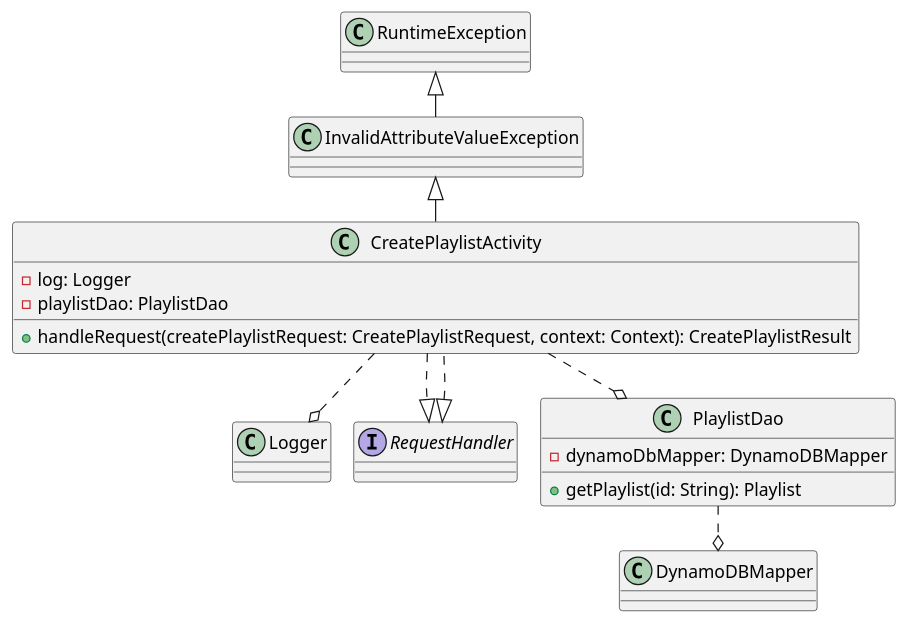
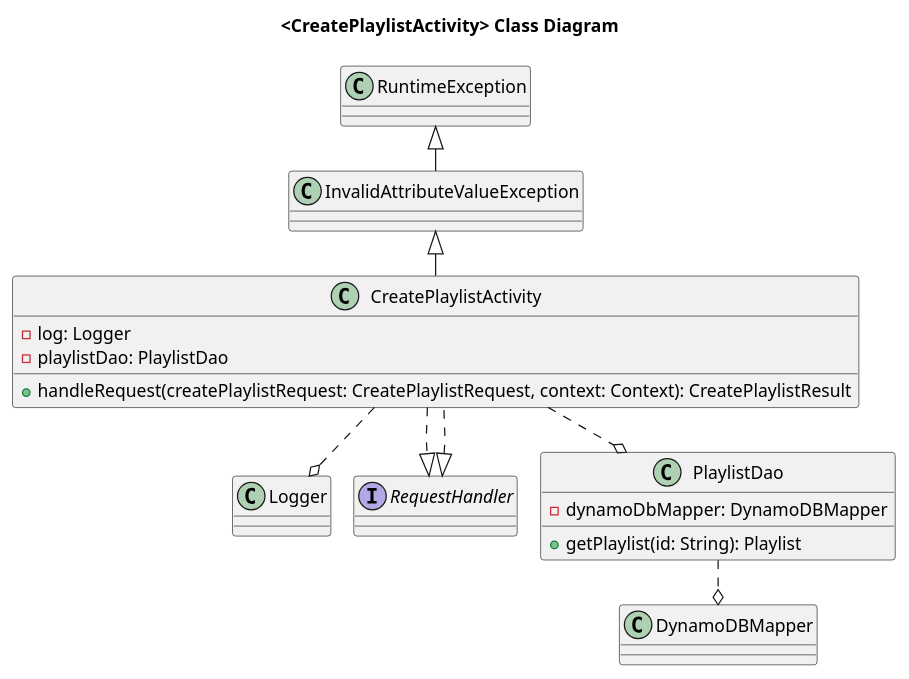
Before and after one commit to cybersister/bd-working-with-databases-music-playlist-service: the second of 7 diagrams in src/resources/mastery-task1-music-playlist-CD.puml, drawn with PlantUML. The commit also changed other lines of this file and 5 other files, not shown here.

Commit message:
finished reading through the DESIGN_DOCUMENT ... started up again on the class diagrams, still need to finish the last two: <AlbumTrack> and <Playlist> ... getting ready for a learning assistant appointment right now to see why my test class for mt1 is not running

```diff
--- a/src/resources/mastery-task1-music-playlist-CD.puml
+++ b/src/resources/mastery-task1-music-playlist-CD.puml
@@ -46,29 +48,31 @@
 @startuml
 !pragma layout smetana
+
+title <CreatePlaylistActivity> Class Diagram
 
 CreatePlaylistActivity ..o Logger
 
 class CreatePlaylistActivity implements RequestHandler {
     - log: Logger
     - playlistDao: PlaylistDao
 
     + handleRequest(createPlaylistRequest: CreatePlaylistRequest, context: Context): CreatePlaylistResult
 }
 
 CreatePlaylistActivity ..o PlaylistDao
 CreatePlaylistActivity ..|> RequestHandler
 
 class InvalidAttributeValueException extends RuntimeException {
 }
 
 InvalidAttributeValueException <|-- CreatePlaylistActivity
 
 class PlaylistDao {
     - dynamoDbMapper: DynamoDBMapper
 
     + getPlaylist(id: String): Playlist
 }
 
 PlaylistDao ..o DynamoDBMapper
 
 @enduml
```
